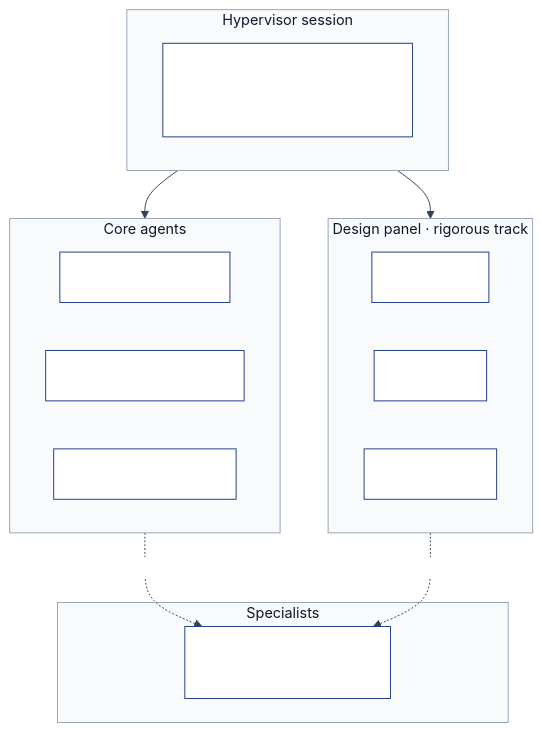
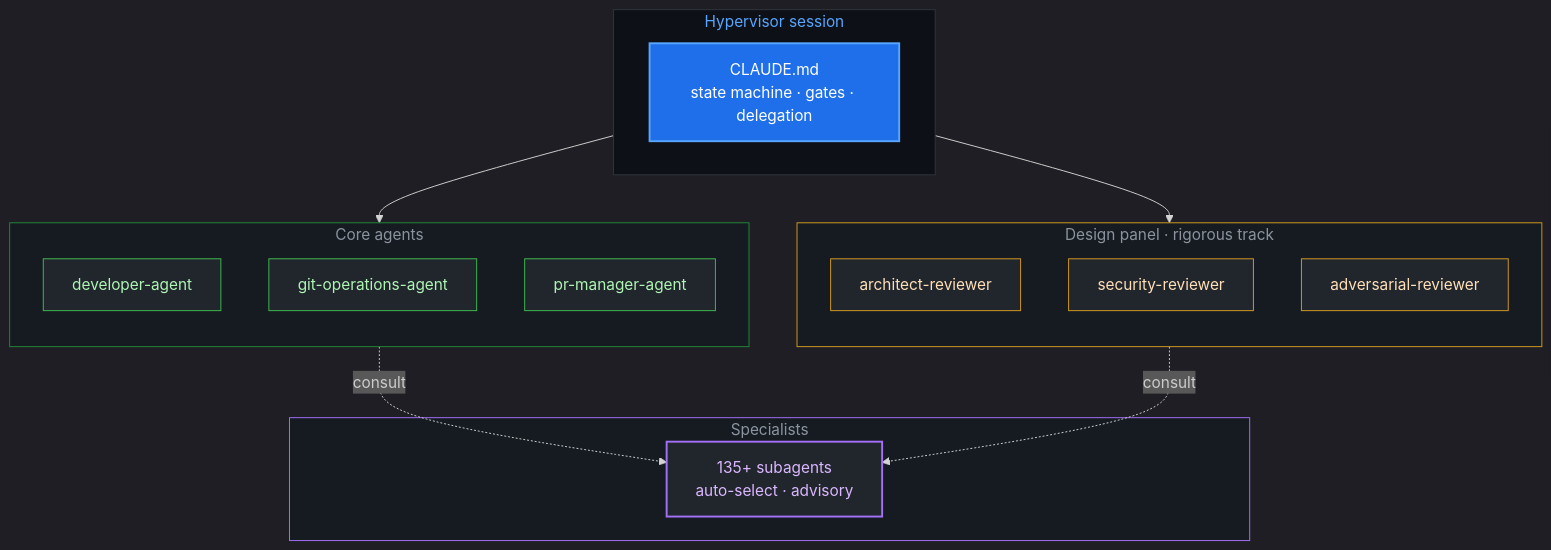
One commit to surajSFDC/agentic-swe changed the third of 3 diagrams in README.md. Above: the diagram before and after it, drawn with Mermaid. The commit also changed other lines of this file, not shown here.

First line of the commit message:
Fix README Mermaid contrast for GitHub dark theme

````diff
--- a/README.md
+++ b/README.md
@@ -184,30 +205,45 @@
 ```mermaid
-%%{init: {'theme': 'base', 'themeVariables': {'fontFamily': 'system-ui, Segoe UI, Roboto, Helvetica, Arial, sans-serif', 'fontSize': '15px', 'primaryColor': '#1d4ed8', 'primaryTextColor': '#ffffff', 'primaryBorderColor': '#1e3a8a', 'secondaryColor': '#f1f5f9', 'secondaryTextColor': '#0f172a', 'secondaryBorderColor': '#64748b', 'tertiaryColor': '#ecfdf5', 'tertiaryTextColor': '#064e3b', 'tertiaryBorderColor': '#047857', 'lineColor': '#334155', 'textColor': '#0f172a', 'mainBkg': '#ffffff', 'clusterBkg': '#f8fafc', 'clusterBorder': '#94a3b8', 'titleColor': '#0f172a', 'edgeLabelBackground': '#ffffff'}}}%%
+%%{init: {'theme': 'dark', 'fontFamily': 'ui-sans-serif, system-ui, -apple-system, Segoe UI, sans-serif'}}%%
 flowchart TB
     subgraph hv["Hypervisor session"]
         pol["CLAUDE.md<br/>state machine · gates · delegation"]
     end
 
     subgraph core["Core agents"]
-        direction LR
+        direction TB
         d["developer-agent"]
         g["git-operations-agent"]
         m["pr-manager-agent"]
     end
 
     subgraph panel["Design panel · rigorous track"]
-        direction LR
-        ar["architect"]
-        sr["security"]
-        adv["adversarial"]
+        direction TB
+        ar["architect-reviewer"]
+        sr["security-reviewer"]
+        adv["adversarial-reviewer"]
     end
 
     subgraph cat["Specialists"]
         catalog["135+ subagents<br/>auto-select · advisory"]
     end
 
     hv --> core
     hv --> panel
     core -.->|consult| catalog
     panel -.->|consult| catalog
+
+    classDef hyper fill:#1f6feb,stroke:#58a6ff,color:#ffffff,stroke-width:2px
+    classDef agent fill:#21262d,stroke:#3fb950,color:#aff5b4,stroke-width:1px
+    classDef panelN fill:#21262d,stroke:#d29922,color:#ffdfb8,stroke-width:1px
+    classDef catalogN fill:#21262d,stroke:#a371f7,color:#dbb7ff,stroke-width:2px
+
+    class pol hyper
+    class d,g,m agent
+    class ar,sr,adv panelN
+    class catalog catalogN
+
+    style hv fill:#0d1117,stroke:#30363d,color:#58a6ff
+    style core fill:#161b22,stroke:#238636,color:#8b949e
+    style panel fill:#161b22,stroke:#d29922,color:#8b949e
+    style cat fill:#161b22,stroke:#a371f7,color:#8b949e
 ```
````
